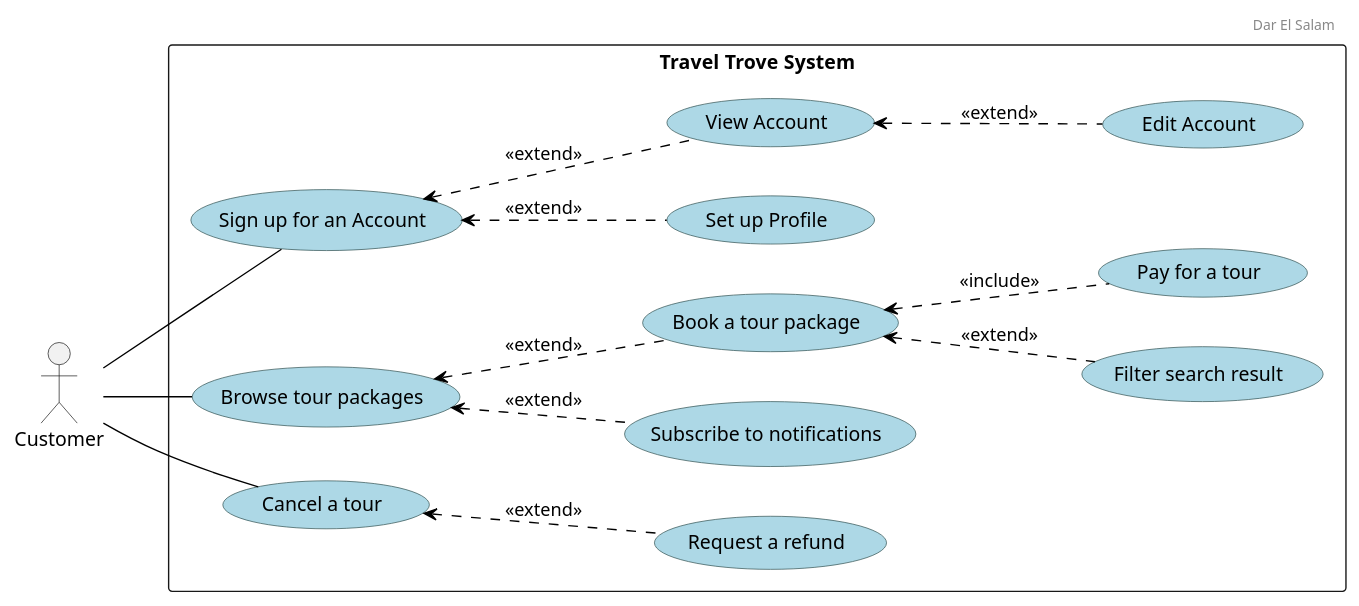
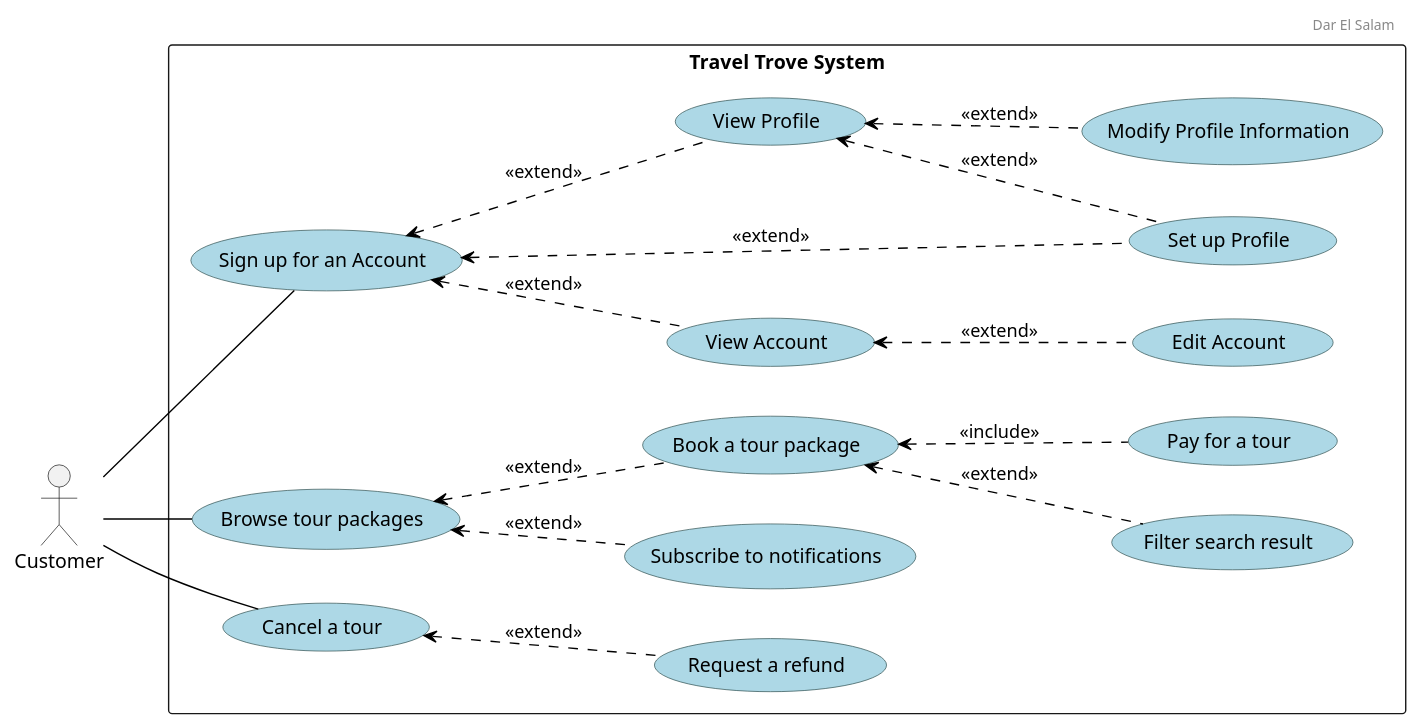
One commit to Hares-2088/TravelTrove changed the diagram in diagrams/use cases/Customer.puml. Above: the diagram before and after it, drawn with PlantUML.

Commit message:
rebase diagrams

```diff
--- a/diagrams/use cases/Customer.puml
+++ b/diagrams/use cases/Customer.puml
@@ -1,54 +1,59 @@
 @startuml
 
 left to right direction
 
 ' Add a header with left alignment
 header
 Dar El Salam
 endheader
 
 ' Align the header text to the left
 skinparam headerAlignment left
 
 ' Custom skin parameters for use cases
 skinparam usecase {
     BackgroundColor lightblue
     BorderColor DarkSlateGray
     ArrowColor Black
 }
 
 actor "Customer" as Customer
 
 rectangle "Travel Trove System" {
 
     usecase "Sign up for an Account"
     usecase "Set up Profile"
     usecase "View Account"
     usecase "Edit Account"
+    usecase "View Profile"
+    usecase "Modify Profile Information"
 
     usecase "Browse tour packages"
     usecase "Filter search result"
     usecase "Subscribe to notifications"
 
     usecase "Book a tour package"
     usecase "Pay for a tour"
 
     usecase "Cancel a tour"
     usecase "Request a refund"
 }
 
 "Sign up for an Account" <.. "Set up Profile" : <<extend>>
 "Sign up for an Account" <.. "View Account" : <<extend>>
 "View Account" <.. "Edit Account" : <<extend>>
 "Browse tour packages" <.. "Book a tour package" : <<extend>>
 "Browse tour packages" <.. "Subscribe to notifications" : <<extend>>
 "Book a tour package" <.. "Filter search result" : <<extend>>
 "Book a tour package" <.. "Pay for a tour" : <<include>>
 "Cancel a tour" <.. "Request a refund" : <<extend>>
+"Sign up for an Account" <.. "View Profile" : <<extend>>
+"View Profile" <.. "Modify Profile Information" : <<extend>>
+"View Profile" <.. "Set up Profile" : <<extend>>
 
 Customer -- "Sign up for an Account"
 Customer -- "Browse tour packages"
 'Customer -- "Book a tour package"
 Customer -- "Cancel a tour"
 
 @enduml
```
